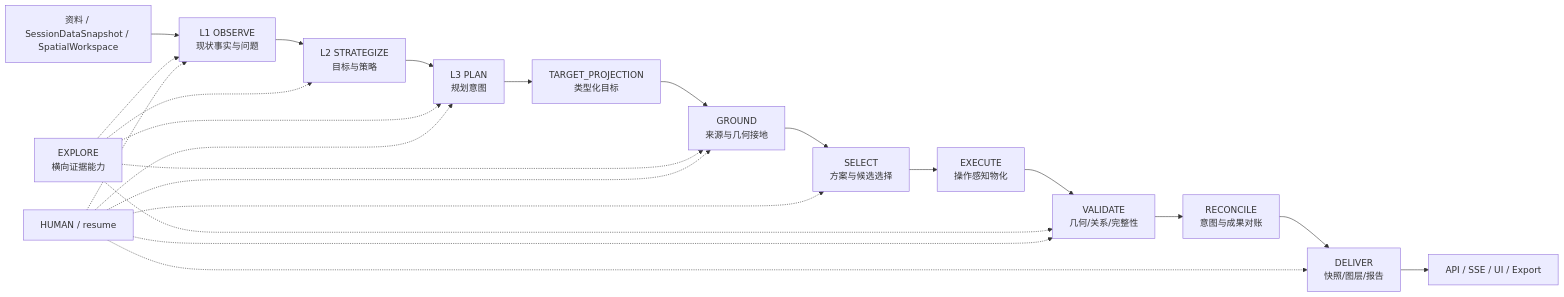
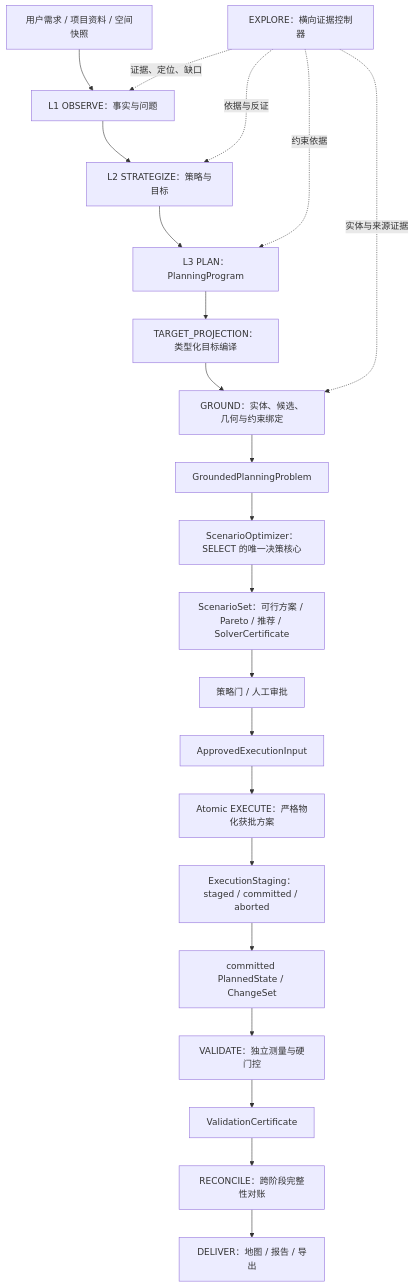
The diagram in docs/design/00_SYSTEM_DESIGN.md (hanyi690/Village_Planning_Agent), drawn with Mermaid before and after one commit. The commit also changed other lines of this file and 148 other files, not shown here.

Commit message:
docs: converge architecture and operational records

````diff
--- a/docs/design/00_SYSTEM_DESIGN.md
+++ b/docs/design/00_SYSTEM_DESIGN.md
@@ -42,25 +65,24 @@
 ```mermaid
-flowchart LR
-    Input["资料 / SessionDataSnapshot / SpatialWorkspace"] --> L1["L1 OBSERVE\n现状事实与问题"]
-    L1 --> L2["L2 STRATEGIZE\n目标与策略"]
-    L2 --> L3["L3 PLAN\n规划意图"]
-    L3 --> TP["TARGET_PROJECTION\n类型化目标"]
-    TP --> G["GROUND\n来源与几何接地"]
-    G --> S["SELECT\n方案与候选选择"]
-    S --> E["EXECUTE\n操作感知物化"]
-    E --> V["VALIDATE\n几何/关系/完整性"]
-    V --> R["RECONCILE\n意图与成果对账"]
-    R --> D["DELIVER\n快照/图层/报告"]
-    D --> Output["API / SSE / UI / Export"]
-    Explore["EXPLORE\n横向证据能力"] -.-> L1
-    Explore -.-> L2
-    Explore -.-> L3
-    Explore -.-> G
-    Explore -.-> V
-    H["HUMAN / resume"] -.-> L1
-    H -.-> L3
-    H -.-> G
-    H -.-> S
-    H -.-> V
-    H -.-> D
+flowchart TD
+    Input["用户需求 / 项目资料 / 空间快照"] --> L1["L1 OBSERVE：事实与问题"]
+    L1 --> L2["L2 STRATEGIZE：策略与目标"]
+    L2 --> L3["L3 PLAN：PlanningProgram"]
+    Explore["EXPLORE：横向证据控制器"] -. "证据、定位、缺口" .-> L1
+    Explore -. "依据与反证" .-> L2
+    Explore -. "约束依据" .-> L3
+    Explore -. "实体与来源证据" .-> Ground
+    L3 --> Projection["TARGET_PROJECTION：类型化目标编译"]
+    Projection --> Ground["GROUND：实体、候选、几何与约束绑定"]
+    Ground --> Problem["GroundedPlanningProblem"]
+    Problem --> Optimizer["ScenarioOptimizer：SELECT 的唯一决策核心"]
+    Optimizer --> Set["ScenarioSet：可行方案 / Pareto / 推荐 / SolverCertificate"]
+    Set --> Approval["策略门 / 人工审批"]
+    Approval --> Approved["ApprovedExecutionInput"]
+    Approved --> Execute["Atomic EXECUTE：严格物化获批方案"]
+    Execute --> Staging["ExecutionStaging：staged / committed / aborted"]
+    Staging --> State["committed PlannedState / ChangeSet"]
+    State --> Validate["VALIDATE：独立测量与硬门控"]
+    Validate --> Certificate["ValidationCertificate"]
+    Certificate --> Reconcile["RECONCILE：跨阶段完整性对账"]
+    Reconcile --> Deliver["DELIVER：地图 / 报告 / 导出"]
 ```
````
